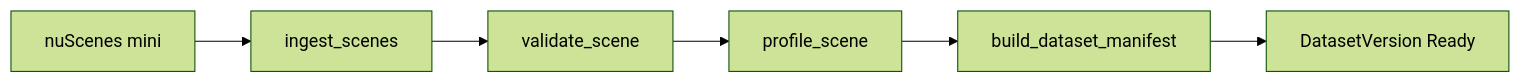
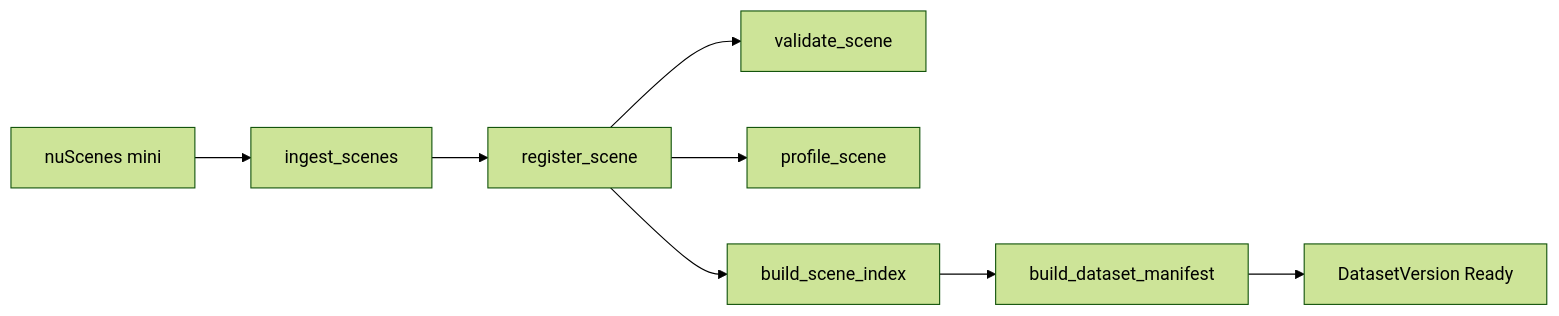
One commit to YYoooonn/sceneops-platform changed the second of 3 diagrams in README.md. Above: the diagram before and after it, drawn with Mermaid (forest theme). The commit also changed other lines of this file, not shown here.

````diff
--- a/README.md
+++ b/README.md
@@ -511,8 +552,10 @@
 ```mermaid
 flowchart LR
   A[nuScenes mini] --> B[ingest_scenes]
-  B --> C[validate_scene]
-  C --> D[profile_scene]
-  D --> E[build_dataset_manifest]
-  E --> F[DatasetVersion Ready]
+  B --> C[register_scene]
+  C --> D[validate_scene]
+  C --> E[profile_scene]
+  C --> F[build_scene_index]
+  F --> G[build_dataset_manifest]
+  G --> H[DatasetVersion Ready]
 ```
````
